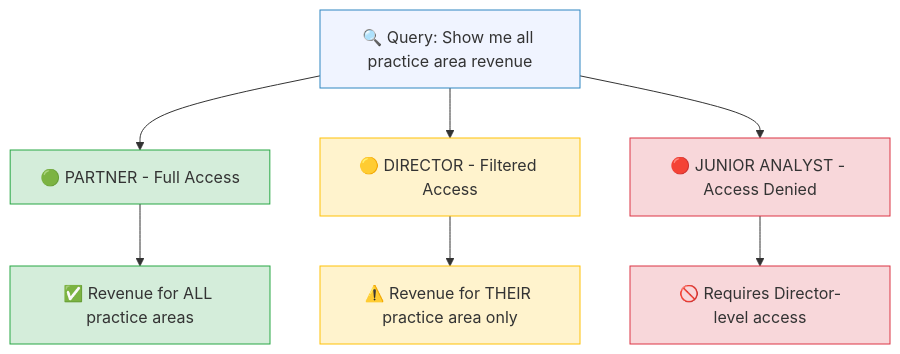
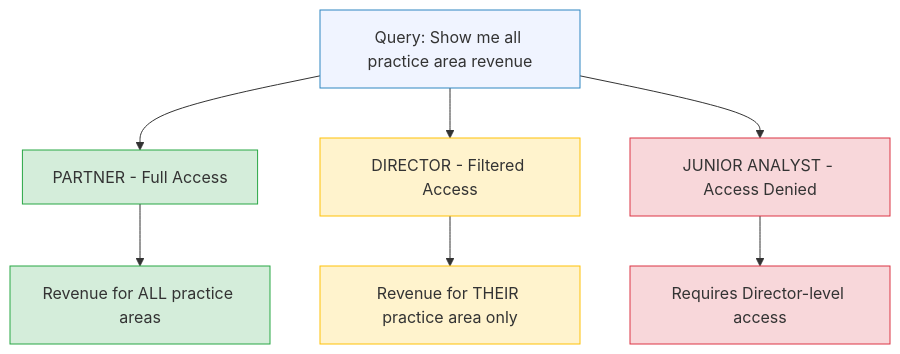
Before and after one commit to ithinktavo/GenAI-Engineering-Handbook: the second of 3 diagrams in docs/10-governance.md, drawn with Mermaid. The commit also changed other lines of this file and 10 other files, not shown here.

Commit message:
Diagram updates

````diff
--- a/docs/10-governance.md
+++ b/docs/10-governance.md
@@ -114,20 +114,20 @@
 ```mermaid
 graph TD
-    Q["🔍 Query: Show me all practice area revenue"]
+    Q["Query: Show me all practice area revenue"]
 
-    Q --> P["🟢 PARTNER - Full Access"]
-    Q --> D["🟡 DIRECTOR - Filtered Access"]
-    Q --> A["🔴 JUNIOR ANALYST - Access Denied"]
+    Q --> P["PARTNER - Full Access"]
+    Q --> D["DIRECTOR - Filtered Access"]
+    Q --> A["JUNIOR ANALYST - Access Denied"]
 
-    P --> PR["✅ Revenue for ALL practice areas"]
-    D --> DR["⚠️ Revenue for THEIR practice area only"]
-    A --> AR["🚫 Requires Director-level access"]
+    P --> PR["Revenue for ALL practice areas"]
+    D --> DR["Revenue for THEIR practice area only"]
+    A --> AR["Requires Director-level access"]
 
     style Q fill:#f0f4ff,stroke:#2E86C1
     style P fill:#d4edda,stroke:#28a745
     style D fill:#fff3cd,stroke:#ffc107
     style A fill:#f8d7da,stroke:#dc3545
     style PR fill:#d4edda,stroke:#28a745
     style DR fill:#fff3cd,stroke:#ffc107
     style AR fill:#f8d7da,stroke:#dc3545
 ```
````
